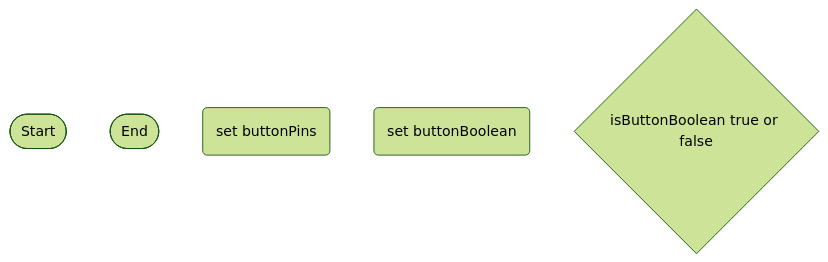
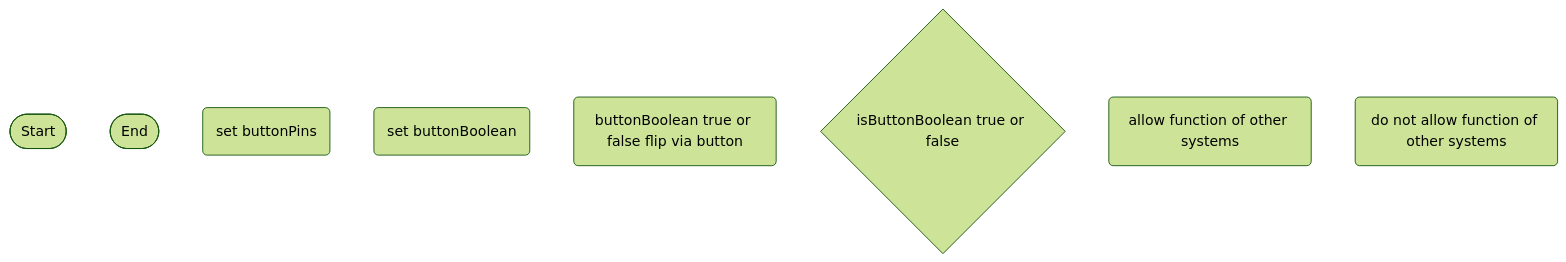
The third of 3 diagrams in logic.md (Deltace05/SmartDog), drawn with Mermaid (forest theme) before and after one commit.

````diff
--- a/logic.md
+++ b/logic.md
@@ -75,15 +75,16 @@
 ```mermaid
 flowchart TD
 terminalStart([Start])
 terminalEnd([End])
 setButton(set buttonPins)
 setBoolean(set buttonBoolean)
-ifBooleanTrue{isButtonBoolean true or false}
-
-
+buttonData(buttonBoolean true or false flip via button)
+ifBooleanTrueFalse{isButtonBoolean true or false}
+ifBooleanTrue(allow function of other systems)
+ifBooleanFalse(do not allow function of other systems)
 
 
 
 
 
 ```
````
